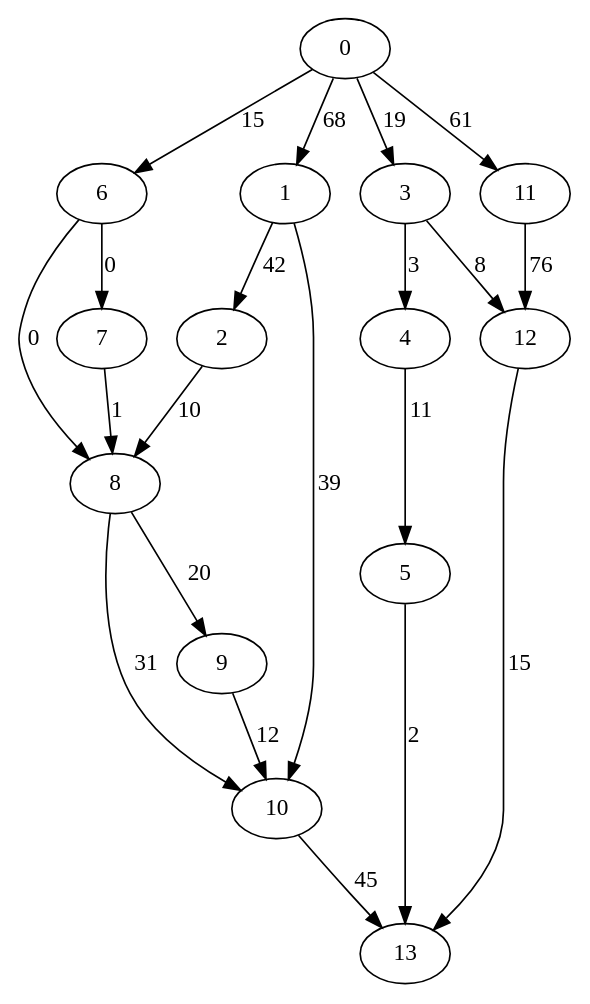
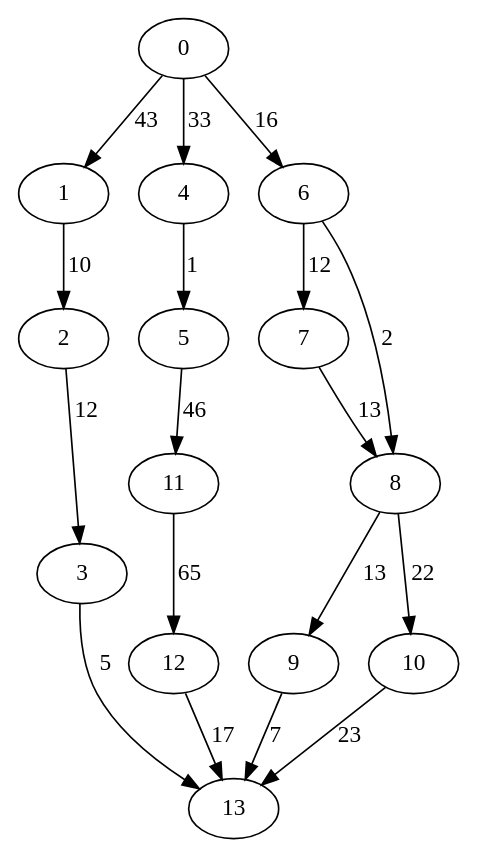
One commit to asaloniti/DagScheduling_old changed the diagram in dotfiles/data1.dot. Above: the diagram before and after it, drawn with Graphviz. The commit also changed 26 other files, not shown here.

```diff
--- a/dotfiles/data1.dot
+++ b/dotfiles/data1.dot
@@ -1,22 +1,19 @@
 digraph data1 {
-0 -> 1 [ label = 68 ];
-0 -> 3 [ label = 19 ];
-0 -> 6 [ label = 15 ];
-0 -> 11 [ label = 61 ];
-1 -> 2 [ label = 42 ];
-1 -> 10 [ label = 39 ];
-2 -> 8 [ label = 10 ];
-3 -> 4 [ label = 3 ];
-3 -> 12 [ label = 8 ];
-4 -> 5 [ label = 11 ];
-5 -> 13 [ label = 2 ];
-6 -> 7 [ label = 0 ];
-6 -> 8 [ label = 0 ];
-7 -> 8 [ label = 1 ];
-8 -> 9 [ label = 20 ];
-8 -> 10 [ label = 31 ];
-9 -> 10 [ label = 12 ];
-10 -> 13 [ label = 45 ];
-11 -> 12 [ label = 76 ];
-12 -> 13 [ label = 15 ];
+0 -> 1 [ label = 43 ];
+0 -> 4 [ label = 33 ];
+0 -> 6 [ label = 16 ];
+1 -> 2 [ label = 10 ];
+2 -> 3 [ label = 12 ];
+3 -> 13 [ label = 5 ];
+4 -> 5 [ label = 1 ];
+5 -> 11 [ label = 46 ];
+6 -> 7 [ label = 12 ];
+6 -> 8 [ label = 2 ];
+7 -> 8 [ label = 13 ];
+8 -> 9 [ label = 13 ];
+8 -> 10 [ label = 22 ];
+9 -> 13 [ label = 7 ];
+10 -> 13 [ label = 23 ];
+11 -> 12 [ label = 65 ];
+12 -> 13 [ label = 17 ];
  }
```
